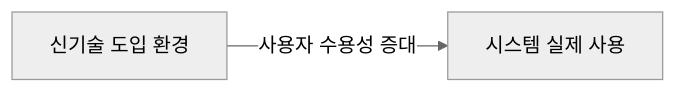
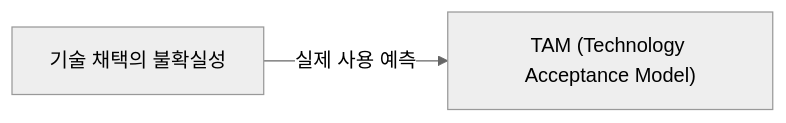
Before and after one commit to jeonck/fw-thinking: the first of 3 diagrams in docs/01-it-governance/tam.md, drawn with Mermaid (neutral theme). The commit also changed other lines of this file and 123 other files, not shown here.

````diff
--- a/docs/01-it-governance/tam.md
+++ b/docs/01-it-governance/tam.md
@@ -9,4 +8,4 @@
 ```mermaid
 flowchart LR
-    A["신기술 도입 환경"] -- "사용자 수용성 증대" --> B["시스템 실제 사용"]
+    A["기술 채택의 불확실성"] -- "실제 사용 예측" --> B["TAM (Technology Acceptance Model)"]
 ```
````
